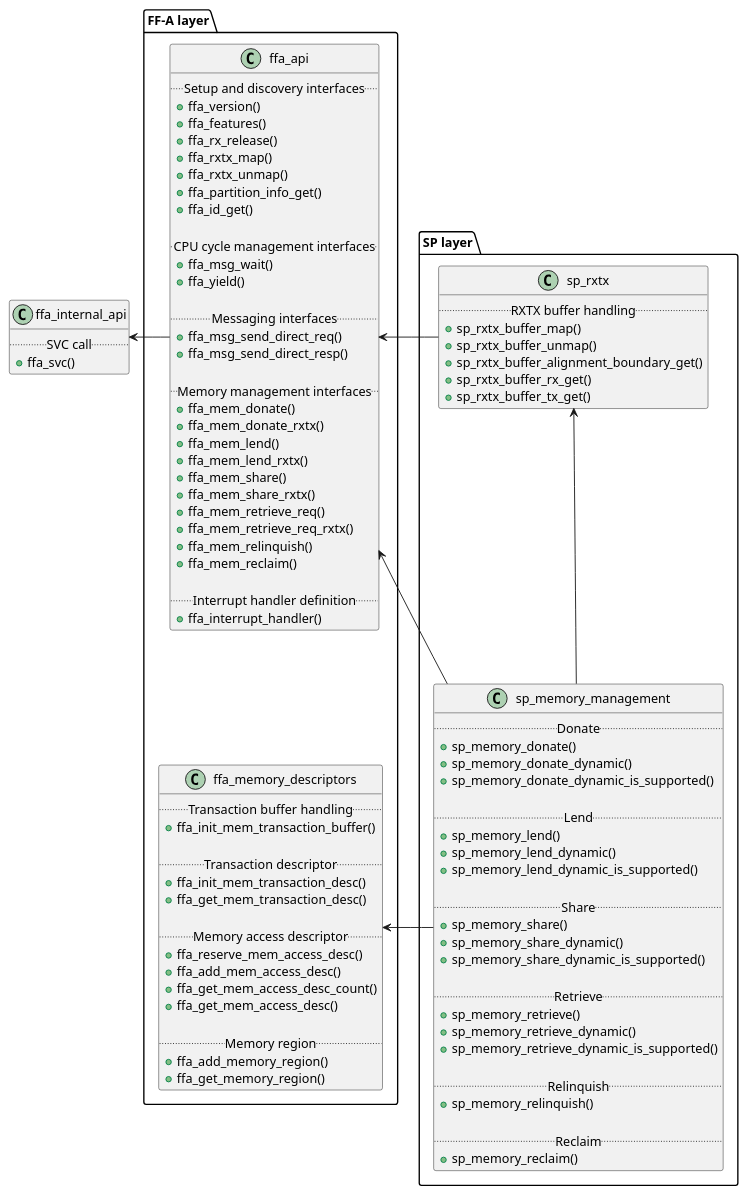
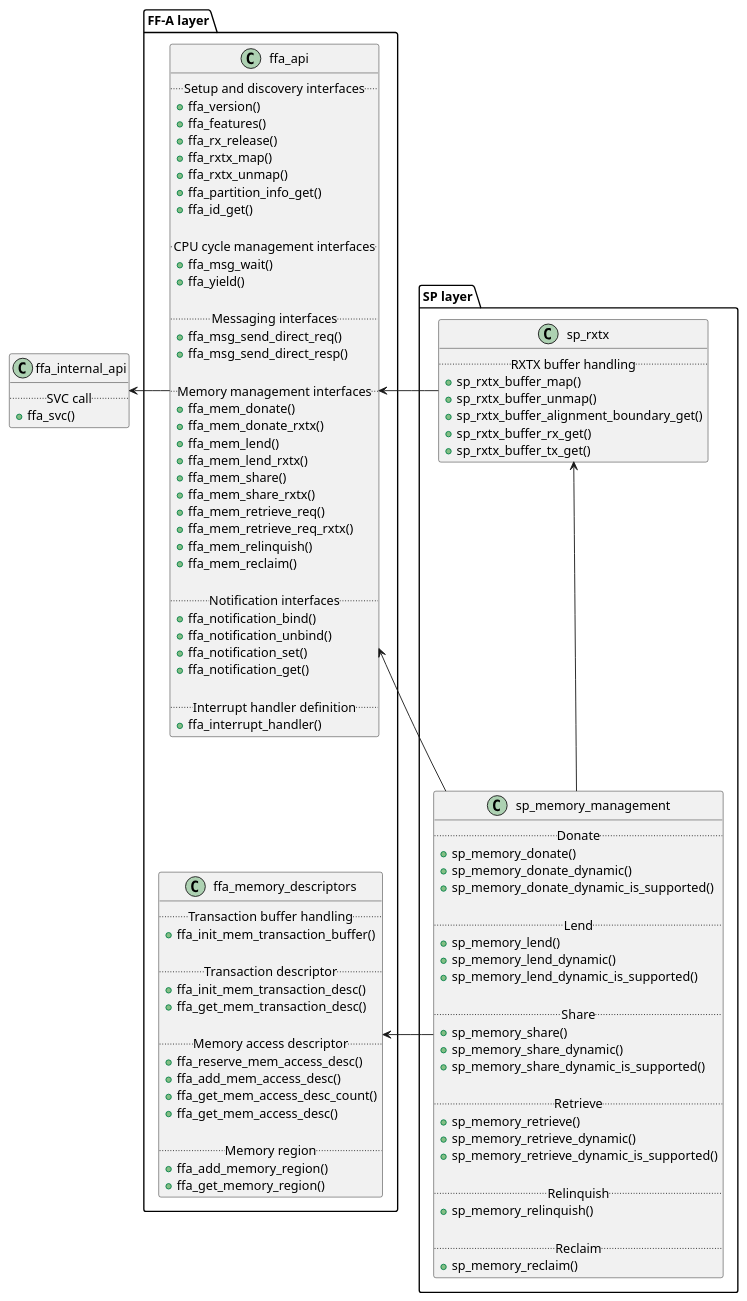
Before and after one commit to Trusted-Services/trusted-services: the diagram in docs/uml/libsp_functions.puml, drawn with PlantUML. The commit also changed 6 other files, not shown here.

First line of the commit message:
Implement FFA ABI-s for notification handling

```diff
--- a/docs/uml/libsp_functions.puml
+++ b/docs/uml/libsp_functions.puml
@@ -8,112 +8,118 @@
 @startuml
 
 class ffa_internal_api {
   .. SVC call ..
   + ffa_svc()
 }
 
 package "FF-A layer" {
   class ffa_api {
     .. Setup and discovery interfaces ..
     + ffa_version()
     + ffa_features()
     + ffa_rx_release()
     + ffa_rxtx_map()
     + ffa_rxtx_unmap()
     + ffa_partition_info_get()
     + ffa_id_get()
 
     .. CPU cycle management interfaces ..
     + ffa_msg_wait()
     + ffa_yield()
 
     .. Messaging interfaces ..
     + ffa_msg_send_direct_req()
     + ffa_msg_send_direct_resp()
 
     .. Memory management interfaces ..
     + ffa_mem_donate()
     + ffa_mem_donate_rxtx()
     + ffa_mem_lend()
     + ffa_mem_lend_rxtx()
     + ffa_mem_share()
     + ffa_mem_share_rxtx()
     + ffa_mem_retrieve_req()
     + ffa_mem_retrieve_req_rxtx()
     + ffa_mem_relinquish()
     + ffa_mem_reclaim()
+
+    .. Notification interfaces ..
+    + ffa_notification_bind()
+    + ffa_notification_unbind()
+    + ffa_notification_set()
+    + ffa_notification_get()
 
     .. Interrupt handler definition ..
     + ffa_interrupt_handler()
   }
 
   class ffa_memory_descriptors {
     .. Transaction buffer handling ..
     + ffa_init_mem_transaction_buffer()
 
     .. Transaction descriptor ..
     + ffa_init_mem_transaction_desc()
     + ffa_get_mem_transaction_desc()
 
     .. Memory access descriptor ..
     + ffa_reserve_mem_access_desc()
     + ffa_add_mem_access_desc()
     + ffa_get_mem_access_desc_count()
     + ffa_get_mem_access_desc()
 
     .. Memory region ..
     + ffa_add_memory_region()
     + ffa_get_memory_region()
   }
 }
 
 package "SP layer" {
   class sp_rxtx {
     .. RXTX buffer handling ..
     + sp_rxtx_buffer_map()
     + sp_rxtx_buffer_unmap()
     + sp_rxtx_buffer_alignment_boundary_get()
     + sp_rxtx_buffer_rx_get()
     + sp_rxtx_buffer_tx_get()
   }
 
   class sp_memory_management {
     .. Donate ..
     + sp_memory_donate()
     + sp_memory_donate_dynamic()
     + sp_memory_donate_dynamic_is_supported()
 
     .. Lend ..
     + sp_memory_lend()
     + sp_memory_lend_dynamic()
     + sp_memory_lend_dynamic_is_supported()
 
     .. Share ..
     + sp_memory_share()
     + sp_memory_share_dynamic()
     + sp_memory_share_dynamic_is_supported()
 
     .. Retrieve ..
     + sp_memory_retrieve()
     + sp_memory_retrieve_dynamic()
     + sp_memory_retrieve_dynamic_is_supported()
 
     .. Relinquish ..
     + sp_memory_relinquish()
 
     .. Reclaim ..
     + sp_memory_reclaim()
   }
 }
 
 
 ffa_api -left-> ffa_internal_api
 
 ffa_api -[hidden]-> ffa_memory_descriptors
 
 sp_rxtx -left-> ffa_api
 sp_memory_management --> ffa_api
 sp_memory_management -left-> ffa_memory_descriptors
 sp_memory_management -up-> sp_rxtx
 
 @enduml
```
